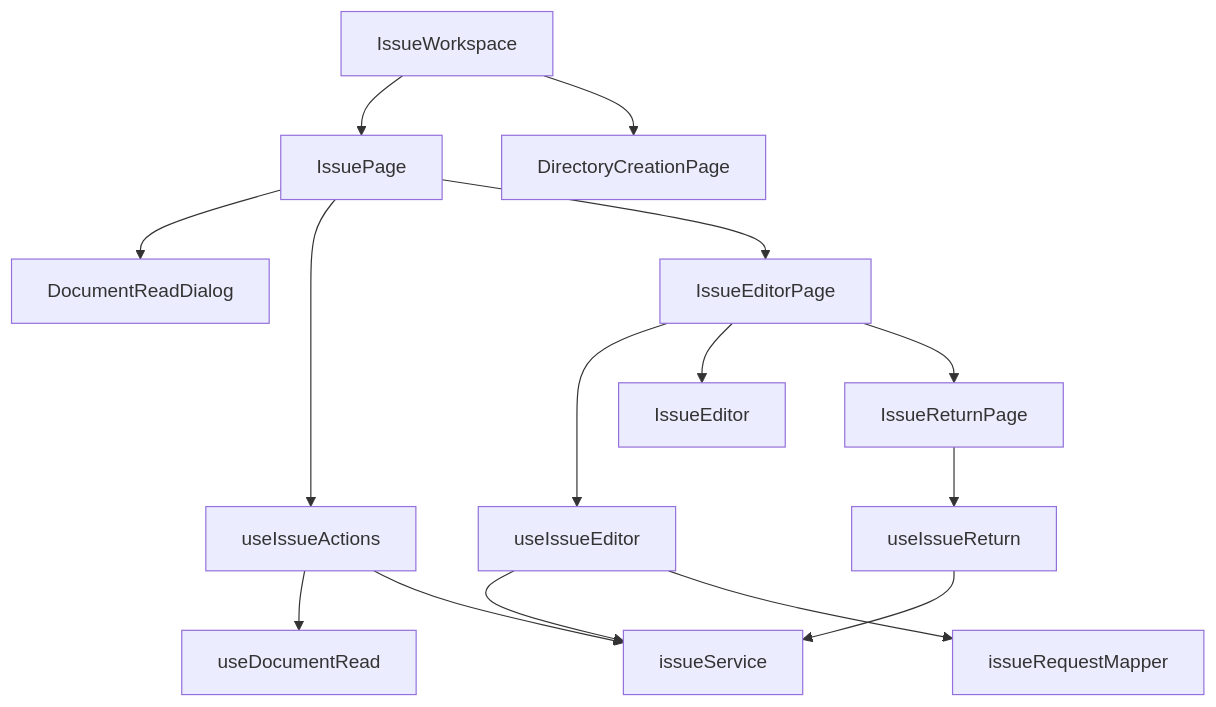
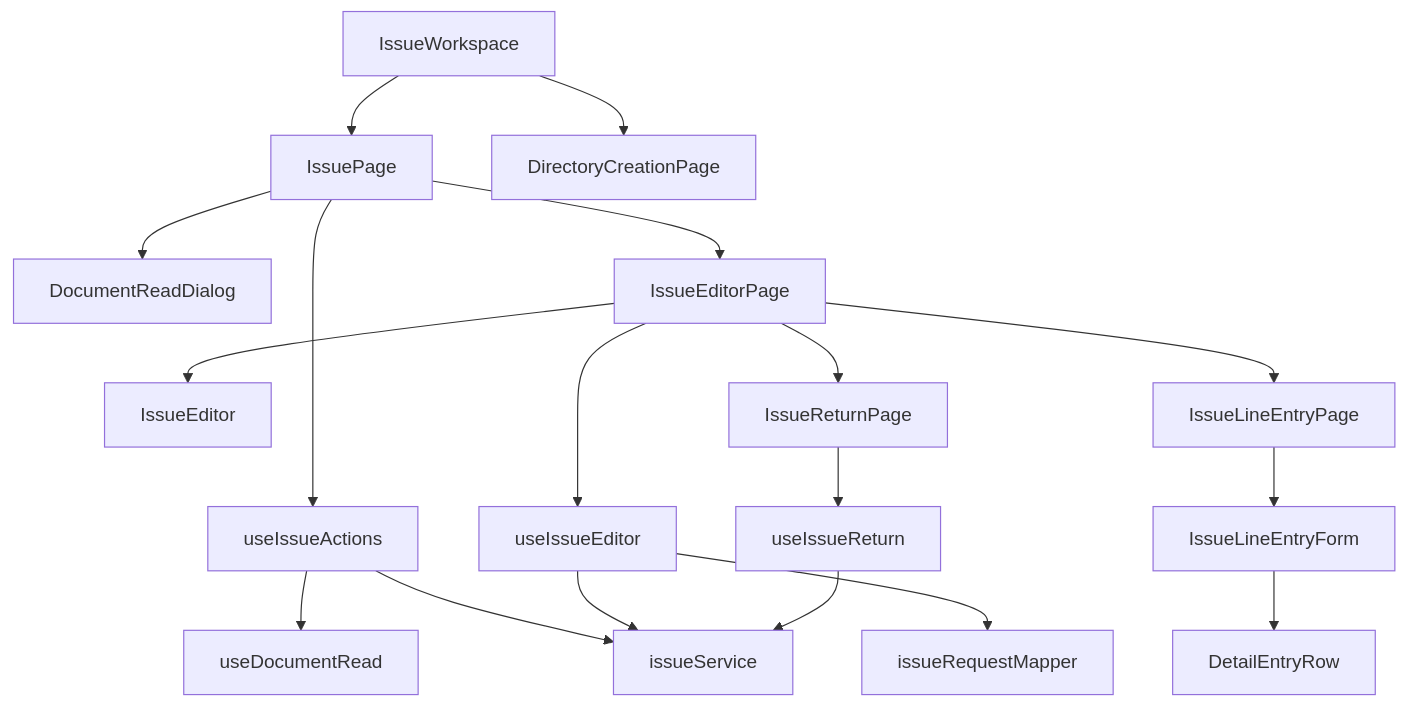
The first of 2 diagrams in front/docs/architecture/views/logical/components/07-issues.md (gpgsistemas01/nexus), drawn with Mermaid before and after one commit. The commit also changed 54 other files, not shown here.

Commit message:
feat: align detail entry rows and enable warehouse catalog creation

````diff
--- a/front/docs/architecture/views/logical/components/07-issues.md
+++ b/front/docs/architecture/views/logical/components/07-issues.md
@@ -7,30 +7,36 @@
 ```mermaid
 flowchart TB
     workspace["IssueWorkspace"]
     page["IssuePage"]
     client["DirectoryCreationPage"]
     actions["useIssueActions"]
     read["useDocumentRead"]
     readDialog["DocumentReadDialog"]
     editorPage["IssueEditorPage"]
     editor["useIssueEditor"]
     form["IssueEditor"]
+    entryPage["IssueLineEntryPage"]
+    entryForm["IssueLineEntryForm"]
+    entryRow["DetailEntryRow"]
     returnPage["IssueReturnPage"]
     returns["useIssueReturn"]
     service["issueService"]
     mapper["issueRequestMapper"]
     workspace --> page
     workspace --> client
     page --> readDialog
     page --> actions
     page --> editorPage
     actions --> read
     actions --> service
     editorPage --> editor
     editorPage --> form
+    editorPage --> entryPage
+    entryPage --> entryForm
+    entryForm --> entryRow
     editorPage --> returnPage
     returnPage --> returns
     editor --> service
     editor --> mapper
     returns --> service
 ```
````
